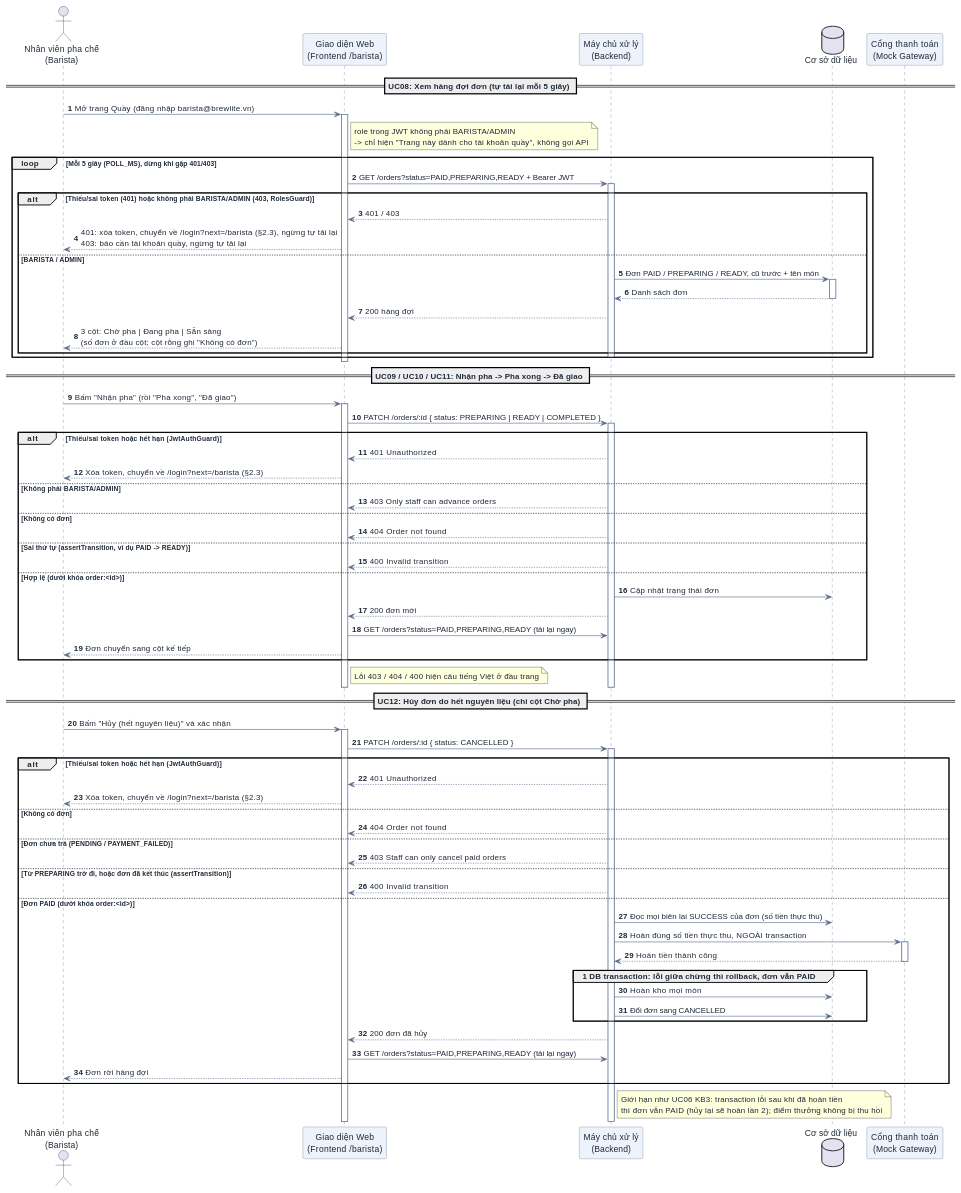
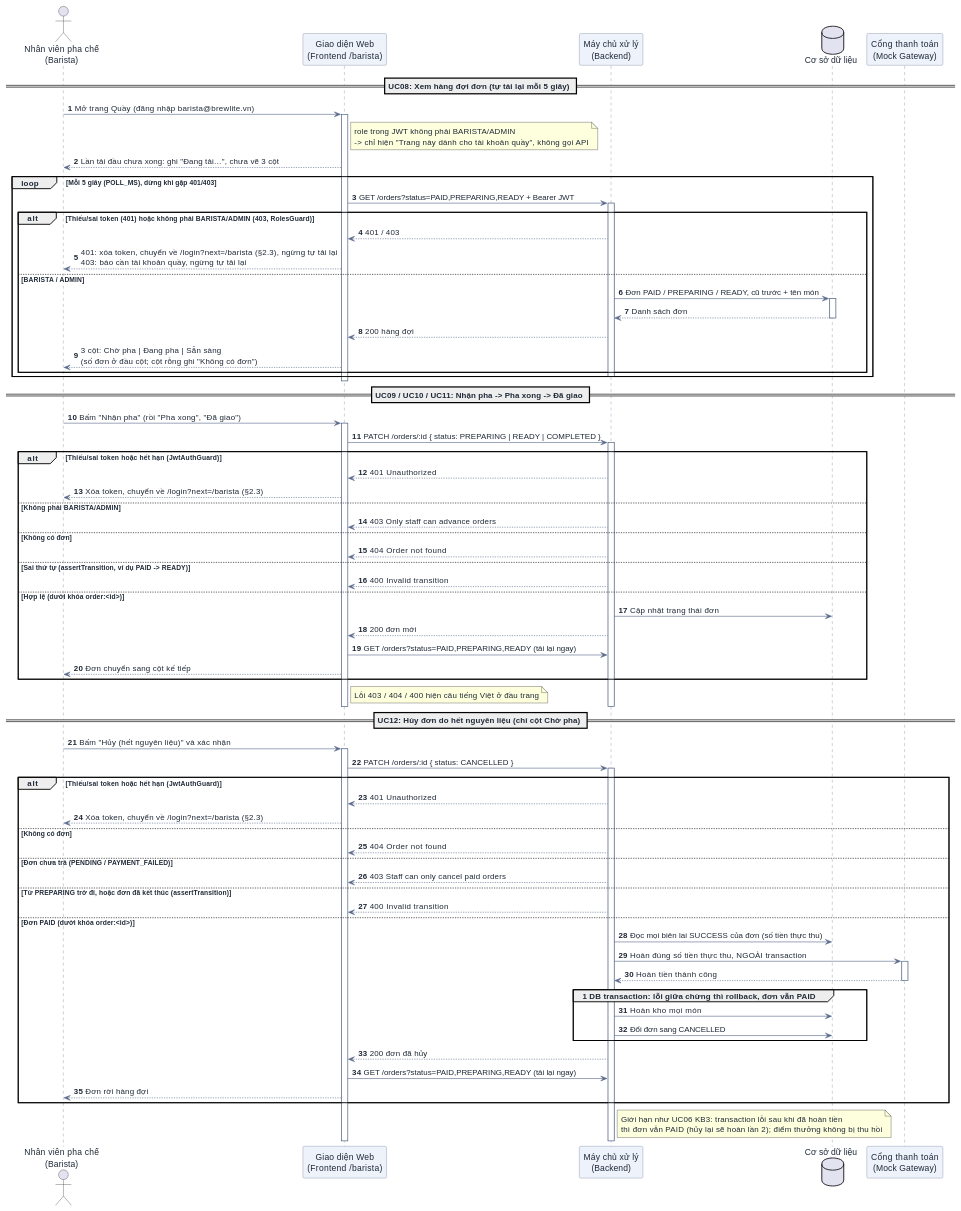
Before and after one commit to DuVinhLoi/BrewLite: the eighth of 10 diagrams in docs/user-sequence-specifications.md, drawn with PlantUML. The commit also changed other lines of this file and 20 other files, not shown here.

Commit message:
feat: sync use cases and sequence docs with code (UC16, Admin inherits Barista, product-name query, barista loading)

```diff
--- a/docs/user-sequence-specifications.md
+++ b/docs/user-sequence-specifications.md
@@ -823,6 +836,7 @@
 User -> FE : Mở trang Quầy (đăng nhập barista@brewlite.vn)
 activate FE
 note right of FE : role trong JWT không phải BARISTA/ADMIN\n-> chỉ hiện "Trang này dành cho tài khoản quầy", không gọi API
+FE --> User : Lần tải đầu chưa xong: ghi "Đang tải…", chưa vẽ 3 cột
 loop Mỗi 5 giây (POLL_MS), dừng khi gặp 401/403
     FE -> BE : GET /orders?status=PAID,PREPARING,READY + Bearer JWT
     activate BE
```
